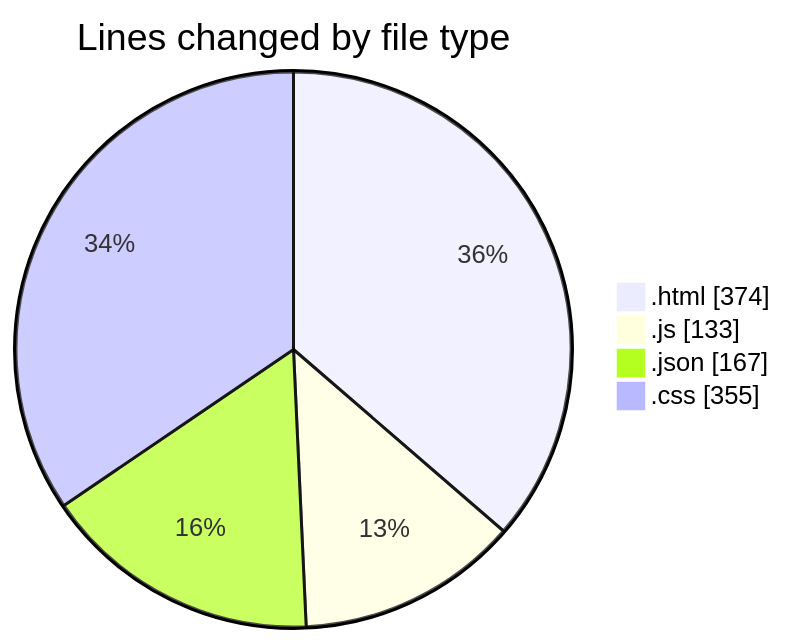
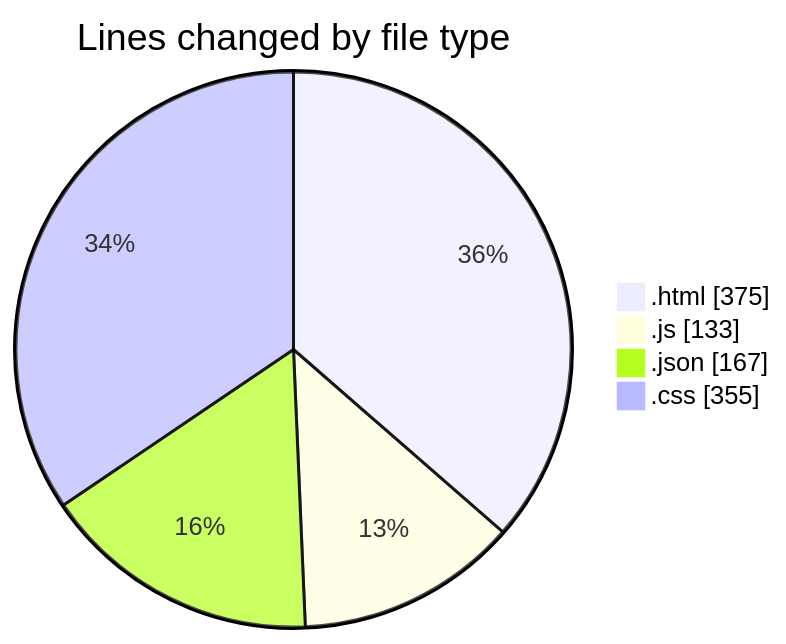
One commit to Ritupan-Deka/code-tracking changed the first of 2 diagrams in 2025-01-28/projects/README.md. Above: the diagram before and after it, drawn with Mermaid. The commit also changed other lines of this file and 1 other file, not shown here.

````diff
--- a/2025-01-28/projects/README.md
+++ b/2025-01-28/projects/README.md
@@ -24,8 +24,8 @@
 ```mermaid
 pie showData
 title Lines changed by file type
-".html" : 374
+".html" : 375
 ".js" : 133
 ".json" : 167
 ".css" : 355
 ```
````
